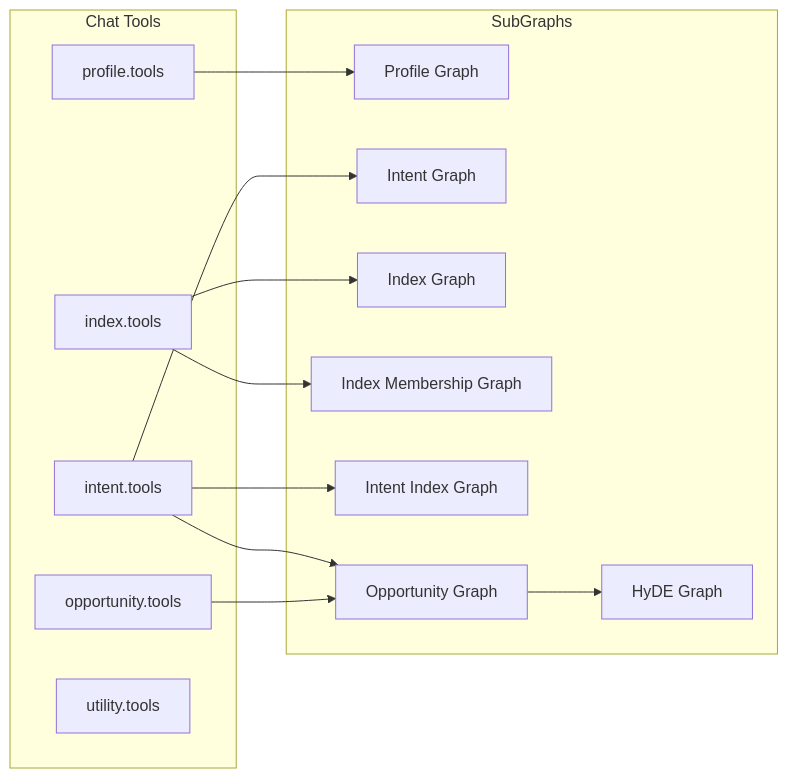
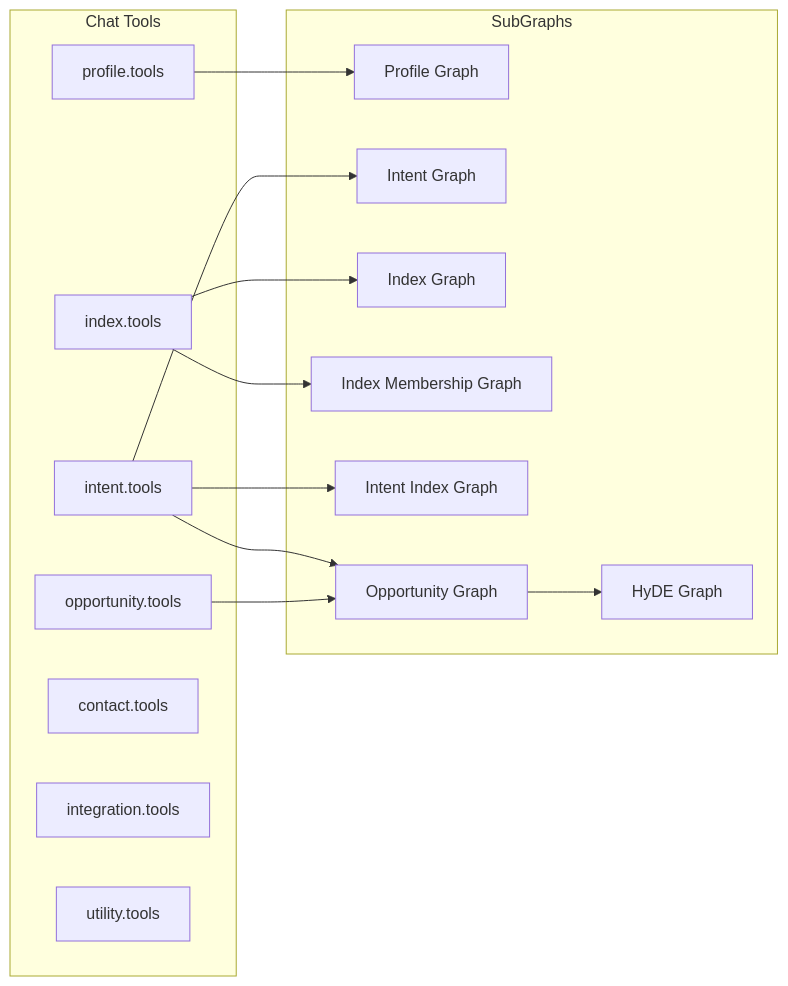
The fifth of 5 diagrams in packages/protocol/src/README.md (yanekyuk/index), drawn with Mermaid before and after one commit. The commit also changed other lines of this file, not shown here.

````diff
--- a/packages/protocol/src/README.md
+++ b/packages/protocol/src/README.md
@@ -246,29 +249,31 @@
 ```mermaid
 flowchart LR
     subgraph tools [Chat Tools]
         PT[profile.tools]
         IT[intent.tools]
         IdxT[index.tools]
         OT[opportunity.tools]
+        CT[contact.tools]
+        IntT[integration.tools]
         UT[utility.tools]
     end
 
     subgraph graphs [SubGraphs]
         PG[Profile Graph]
         IG[Intent Graph]
         IxG[Index Graph]
         IMG[Index Membership Graph]
         IIG[Intent Index Graph]
         OG[Opportunity Graph]
         HG[HyDE Graph]
     end
 
     PT --> PG
     IT --> IG
     IT --> IIG
     IT --> OG
     IdxT --> IxG
     IdxT --> IMG
     OT --> OG
     OG --> HG
 ```
````
